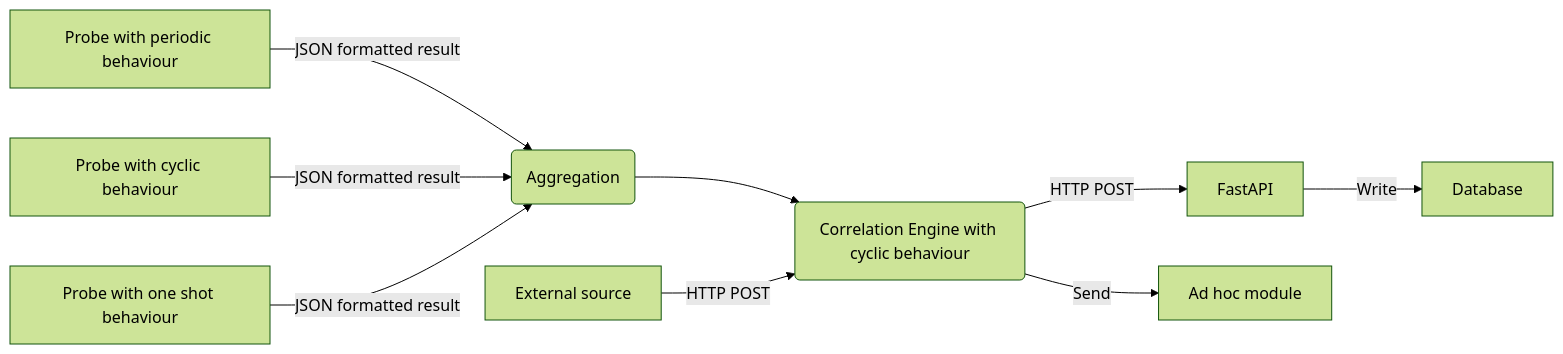
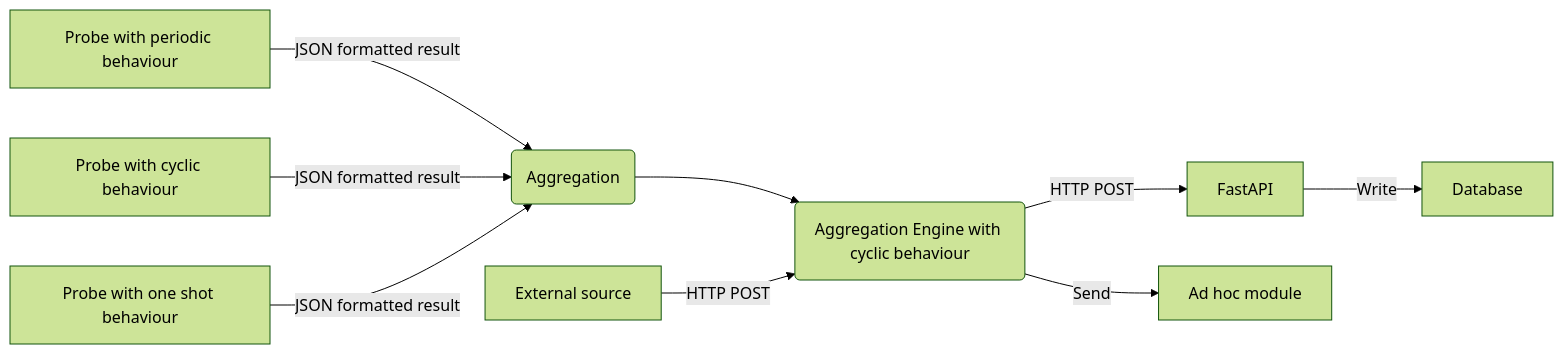
The diagram in docs/architecture.rst (scandale-project/scandale), drawn with Mermaid (forest theme) before and after one commit. The commit also changed other lines of this file and 2 other files, not shown here.

```diff
--- a/docs/architecture.rst
+++ b/docs/architecture.rst
@@ -5,12 +5,12 @@
 .. mermaid::
 
     flowchart LR
 
     A[Probe with periodic behaviour] -->|JSON formatted result| B(Aggregation)
     AA[Probe with cyclic behaviour] -->|JSON formatted result| B
     AAA[Probe with one shot behaviour] -->|JSON formatted result| B
-    B --> C(Correlation Engine with cyclic behaviour)
+    B --> C(Aggregation Engine with cyclic behaviour)
     C -->|HTTP POST| D[FastAPI]
     C -->|Send| E[Ad hoc module]
     F[External source] -->|HTTP POST| C
     D -->|Write| G[Database]
```
